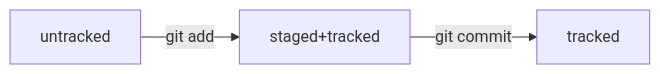
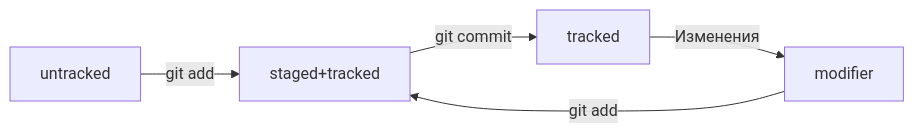
Before and after one commit to Jlogblpb/practical-work-number-one: the first of 2 diagrams in README.md, drawn with Mermaid.

Commit message:
Ну кажется все готово..

````diff
--- a/README.md
+++ b/README.md
@@ -117,5 +117,7 @@
 ```mermaid
 graph LR;
   untracked -- "git add" --> staged+tracked;
   staged+tracked --" git commit"--> tracked;
+  tracked -- "Изменения" --> modifier;
+  modifier --"git add"--> staged+tracked;
 ```
````
